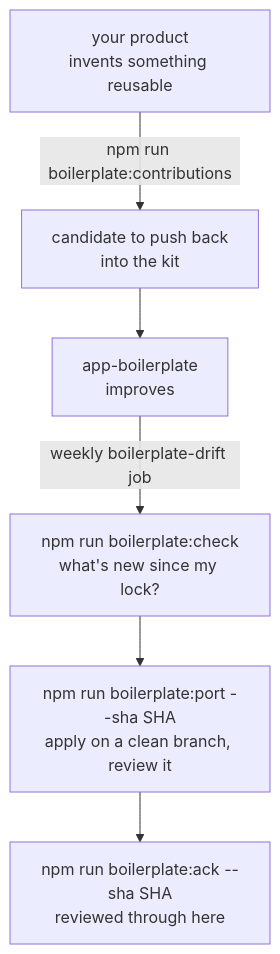
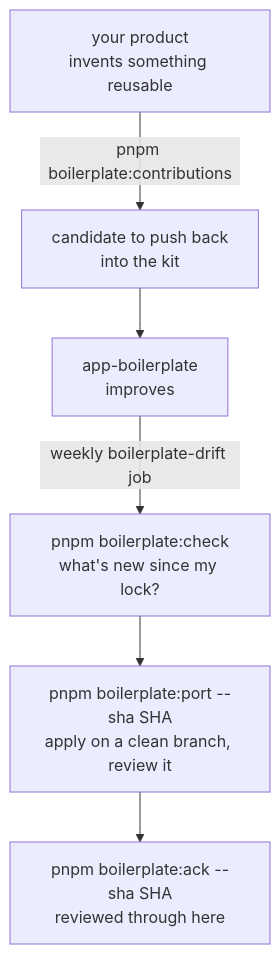
One commit to jade-kenneth/ai-media-creator changed diagram 12 of 14 in docs/how-app-boilerplate-works.md. Above: the diagram before and after it, drawn with Mermaid. The commit also changed other lines of this file and 52 other files, not shown here.

````diff
--- a/docs/how-app-boilerplate-works.md
+++ b/docs/how-app-boilerplate-works.md
@@ -477,11 +477,11 @@
 ```mermaid
 flowchart TD
   BP["app-boilerplate<br/>improves"]
-  BP -->|"weekly boilerplate-drift job"| CHK["npm run boilerplate:check<br/>what's new since my lock?"]
-  CHK --> PORT["npm run boilerplate:port --sha SHA<br/>apply on a clean branch, review it"]
-  PORT --> ACK["npm run boilerplate:ack --sha SHA<br/>reviewed through here"]
+  BP -->|"weekly boilerplate-drift job"| CHK["pnpm boilerplate:check<br/>what's new since my lock?"]
+  CHK --> PORT["pnpm boilerplate:port --sha SHA<br/>apply on a clean branch, review it"]
+  PORT --> ACK["pnpm boilerplate:ack --sha SHA<br/>reviewed through here"]
 
   PROD["your product<br/>invents something reusable"]
-  PROD -->|"npm run boilerplate:contributions"| BACK["candidate to push back<br/>into the kit"]
+  PROD -->|"pnpm boilerplate:contributions"| BACK["candidate to push back<br/>into the kit"]
   BACK --> BP
 ```
````
